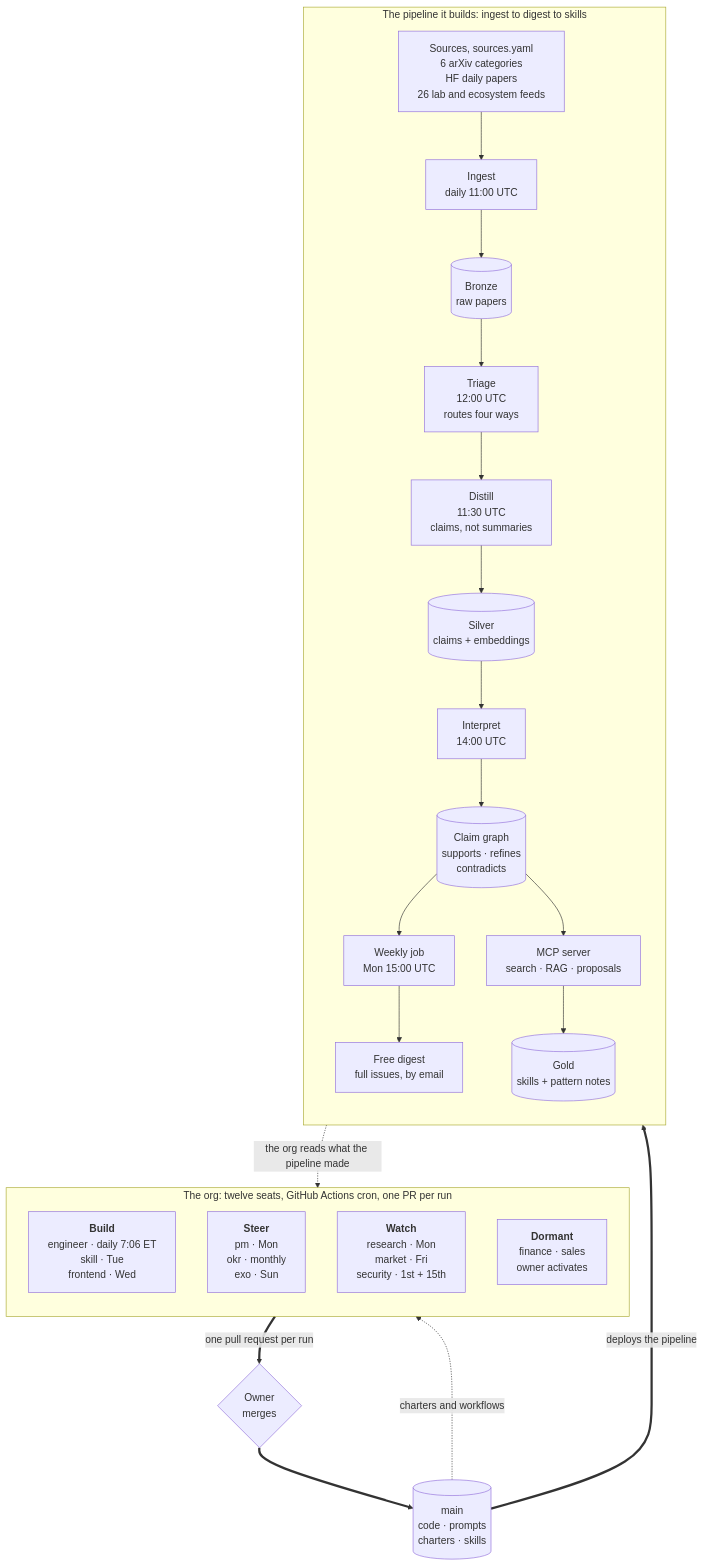
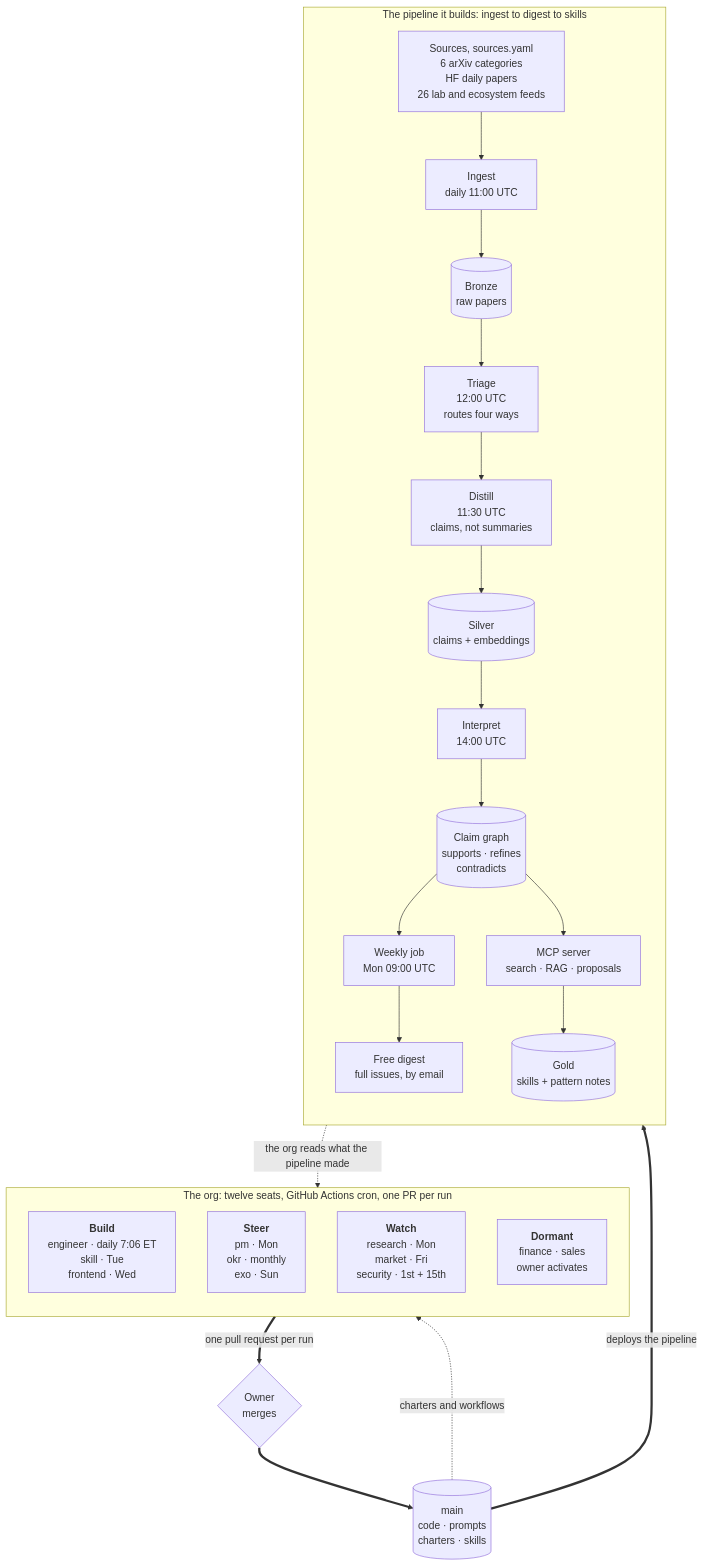
The first of 2 diagrams in README.md (alexandrapaiz/alexandria), drawn with Mermaid before and after one commit. The commit also changed 1 other file, not shown here.

Commit message:
Ledger: sectioned press, dependency existence checks, a paid floor, and The Batch scan

````diff
--- a/README.md
+++ b/README.md
@@ -34,36 +34,36 @@
 ```mermaid
 flowchart TB
     subgraph ORG["The org: twelve seats, GitHub Actions cron, one PR per run"]
         direction TB
         BUILD["<b>Build</b><br/>engineer · daily 7:06 ET<br/>skill · Tue<br/>frontend · Wed"]
         STEER["<b>Steer</b><br/>pm · Mon<br/>okr · monthly<br/>exo · Sun"]
         WATCH["<b>Watch</b><br/>research · Mon<br/>market · Fri<br/>security · 1st + 15th"]
         DORM["<b>Dormant</b><br/>finance · sales<br/>owner activates"]
     end
 
     subgraph PIPE["The pipeline it builds: ingest to digest to skills"]
         direction TB
         SRC["Sources, sources.yaml<br/>6 arXiv categories<br/>HF daily papers<br/>26 lab and ecosystem feeds"]
         ING["Ingest<br/>daily 11:00 UTC"]
         BR[("Bronze<br/>raw papers")]
         TRI["Triage<br/>12:00 UTC<br/>routes four ways"]
         DIS["Distill<br/>11:30 UTC<br/>claims, not summaries"]
         SIL[("Silver<br/>claims + embeddings")]
         INT["Interpret<br/>14:00 UTC"]
         GR[("Claim graph<br/>supports · refines<br/>contradicts")]
-        WK["Weekly job<br/>Mon 15:00 UTC"]
+        WK["Weekly job<br/>Mon 09:00 UTC"]
         DIGEST["Free digest<br/>full issues, by email"]
         MCP["MCP server<br/>search · RAG · proposals"]
         GOLD[("Gold<br/>skills + pattern notes")]
 
         SRC --> ING --> BR --> TRI --> DIS --> SIL --> INT --> GR
         GR --> WK --> DIGEST
         GR --> MCP --> GOLD
     end
 
     ORG ==>|"one pull request per run"| GATE{"Owner<br/>merges"}
     GATE ==> MAIN[("main<br/>code · prompts<br/>charters · skills")]
     MAIN ==>|"deploys the pipeline"| PIPE
     MAIN -.->|"charters and workflows"| ORG
     PIPE -.->|"the org reads what the pipeline made"| ORG
 ```
````
